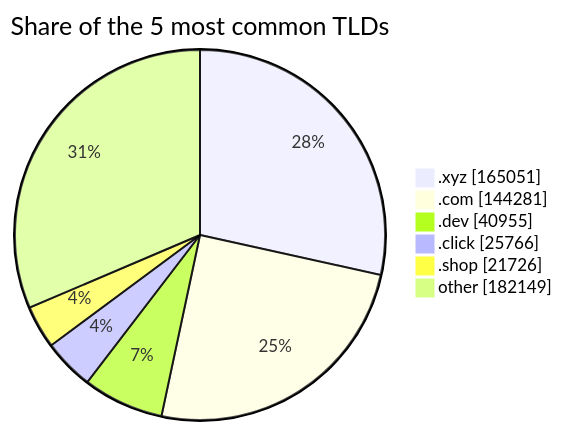
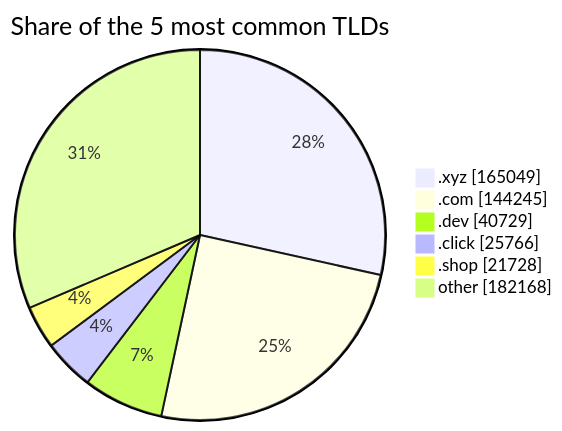
The third of 3 diagrams in README.md (DNSBunker/CTI), drawn with Mermaid before and after one commit. The commit also changed other lines of this file and 3 other files, not shown here.

````diff
--- a/README.md
+++ b/README.md
@@ -81,9 +81,9 @@
 ```mermaid
 pie showData title Share of the 5 most common TLDs
-    ".xyz" : 165051
-    ".com" : 144281
-    ".dev" : 40955
+    ".xyz" : 165049
+    ".com" : 144245
+    ".dev" : 40729
     ".click" : 25766
-    ".shop" : 21726
-    "other" : 182149
+    ".shop" : 21728
+    "other" : 182168
 ```
````
